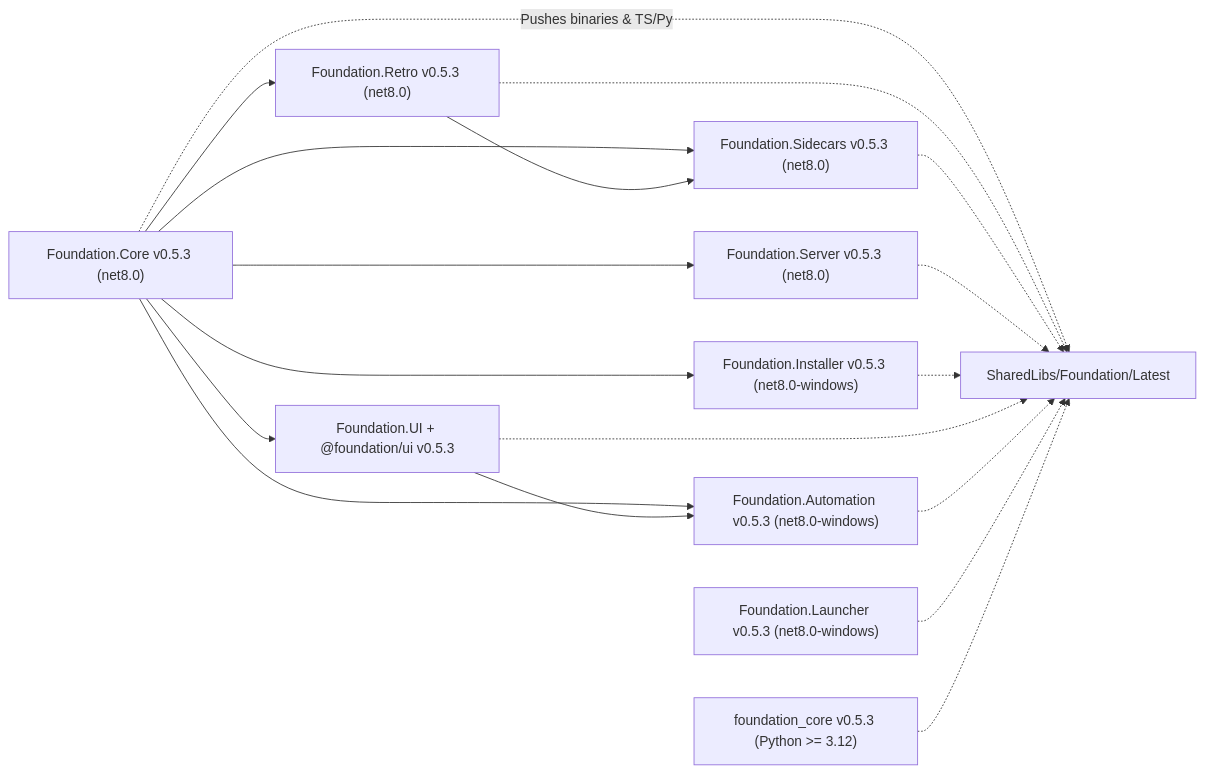
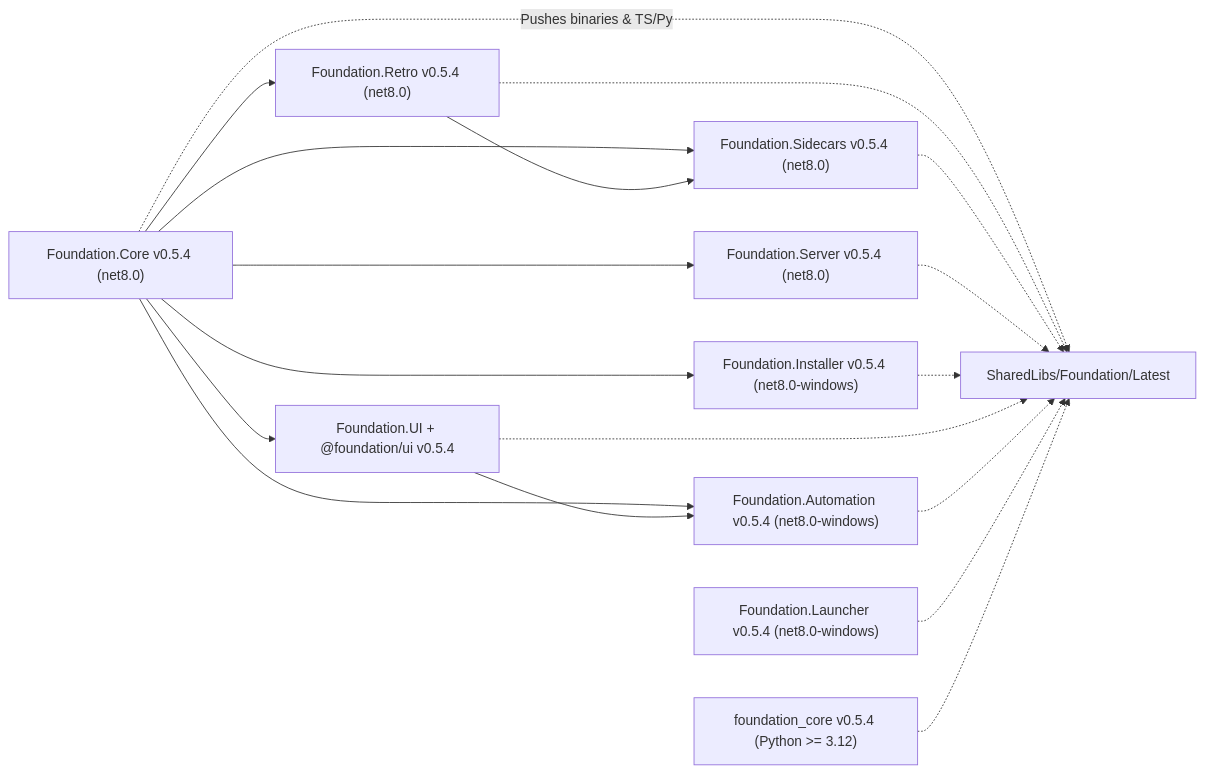
The diagram in Dev/docs/ARCHITECTURE.md (StreamItAllGit/Foundation), drawn with Mermaid before and after one commit. The commit also changed other lines of this file and 36 other files, not shown here.

First line of the commit message:
chore(release): ship Foundation v0.5.4 (Beta) — CI sandbox fixes & Python SDK parity

````diff
--- a/Dev/docs/ARCHITECTURE.md
+++ b/Dev/docs/ARCHITECTURE.md
@@ -12,31 +12,31 @@
 ```mermaid
 flowchart LR
-    Core["Foundation.Core v0.5.3 (net8.0)"]
-    Retro["Foundation.Retro v0.5.3 (net8.0)"]
-    Sidecars["Foundation.Sidecars v0.5.3 (net8.0)"]
-    Server["Foundation.Server v0.5.3 (net8.0)"]
-    Installer["Foundation.Installer v0.5.3 (net8.0-windows)"]
-    UI["Foundation.UI + @foundation/ui v0.5.3"]
-    Automation["Foundation.Automation v0.5.3 (net8.0-windows)"]
-    Launcher["Foundation.Launcher v0.5.3 (net8.0-windows)"]
-    PyCore["foundation_core v0.5.3 (Python >= 3.12)"]
+    Core["Foundation.Core v0.5.4 (net8.0)"]
+    Retro["Foundation.Retro v0.5.4 (net8.0)"]
+    Sidecars["Foundation.Sidecars v0.5.4 (net8.0)"]
+    Server["Foundation.Server v0.5.4 (net8.0)"]
+    Installer["Foundation.Installer v0.5.4 (net8.0-windows)"]
+    UI["Foundation.UI + @foundation/ui v0.5.4"]
+    Automation["Foundation.Automation v0.5.4 (net8.0-windows)"]
+    Launcher["Foundation.Launcher v0.5.4 (net8.0-windows)"]
+    PyCore["foundation_core v0.5.4 (Python >= 3.12)"]
     Hub["SharedLibs/Foundation/Latest"]
 
     Core --> Retro
     Core --> Sidecars
     Retro --> Sidecars
     Core --> Server
     Core --> Installer
     Core --> UI
     Core --> Automation
     UI --> Automation
     Core -. "Pushes binaries & TS/Py" .-> Hub
     Retro -.-> Hub
     Sidecars -.-> Hub
     Server -.-> Hub
     Installer -.-> Hub
     UI -.-> Hub
     Automation -.-> Hub
     Launcher -.-> Hub
     PyCore -.-> Hub
 ```
````
